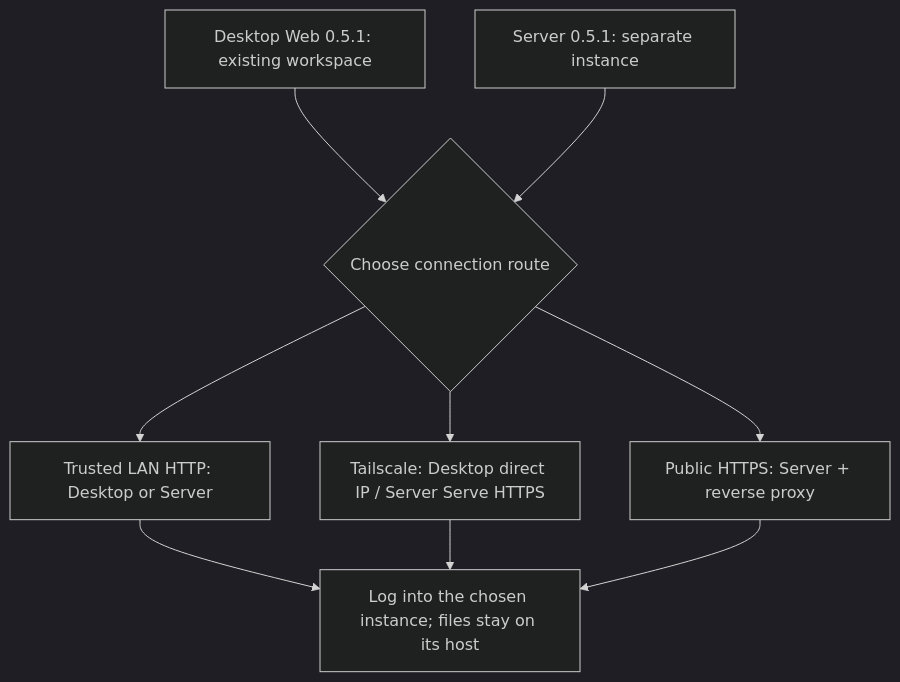
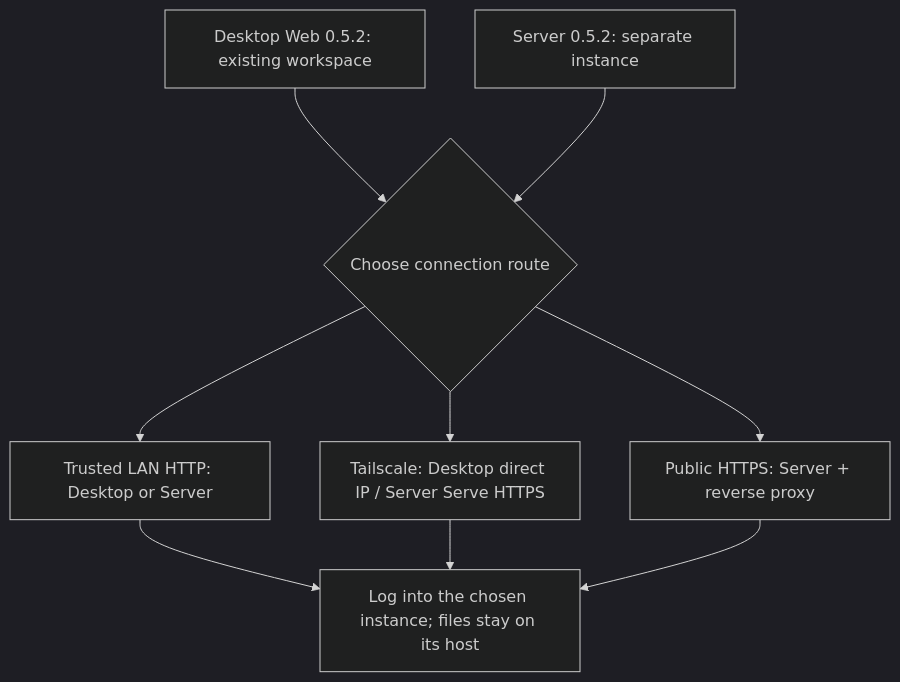
One commit to 123eyu/rovai-ai changed the diagram in website/site/public/assets/diagrams/deployment-choice-en.mmd. Above: the diagram before and after it, drawn with Mermaid (dark theme). The commit also changed 10 other files, not shown here.

```diff
--- a/website/site/public/assets/diagrams/deployment-choice-en.mmd
+++ b/website/site/public/assets/diagrams/deployment-choice-en.mmd
@@ -1,12 +1,12 @@
 flowchart TB
-  desktop["Desktop Web 0.5.1: existing workspace"]
-  server["Server 0.5.1: separate instance"]
+  desktop["Desktop Web 0.5.2: existing workspace"]
+  server["Server 0.5.2: separate instance"]
   choice{"Choose connection route"}
   desktop --> choice
   server --> choice
   choice --> lan["Trusted LAN HTTP: Desktop or Server"]
   choice --> ts["Tailscale: Desktop direct IP / Server Serve HTTPS"]
   choice --> public["Public HTTPS: Server + reverse proxy"]
   lan --> login["Log into the chosen instance; files stay on its host"]
   ts --> login
   public --> login
```
